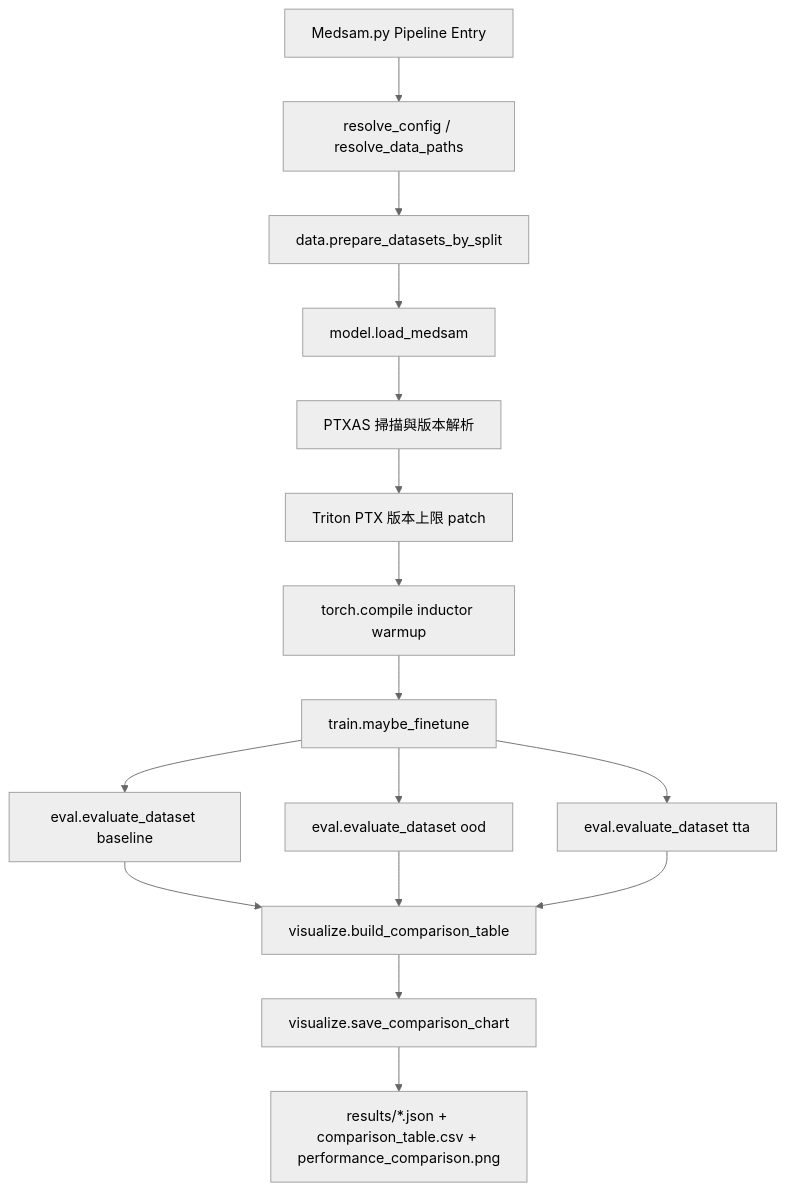
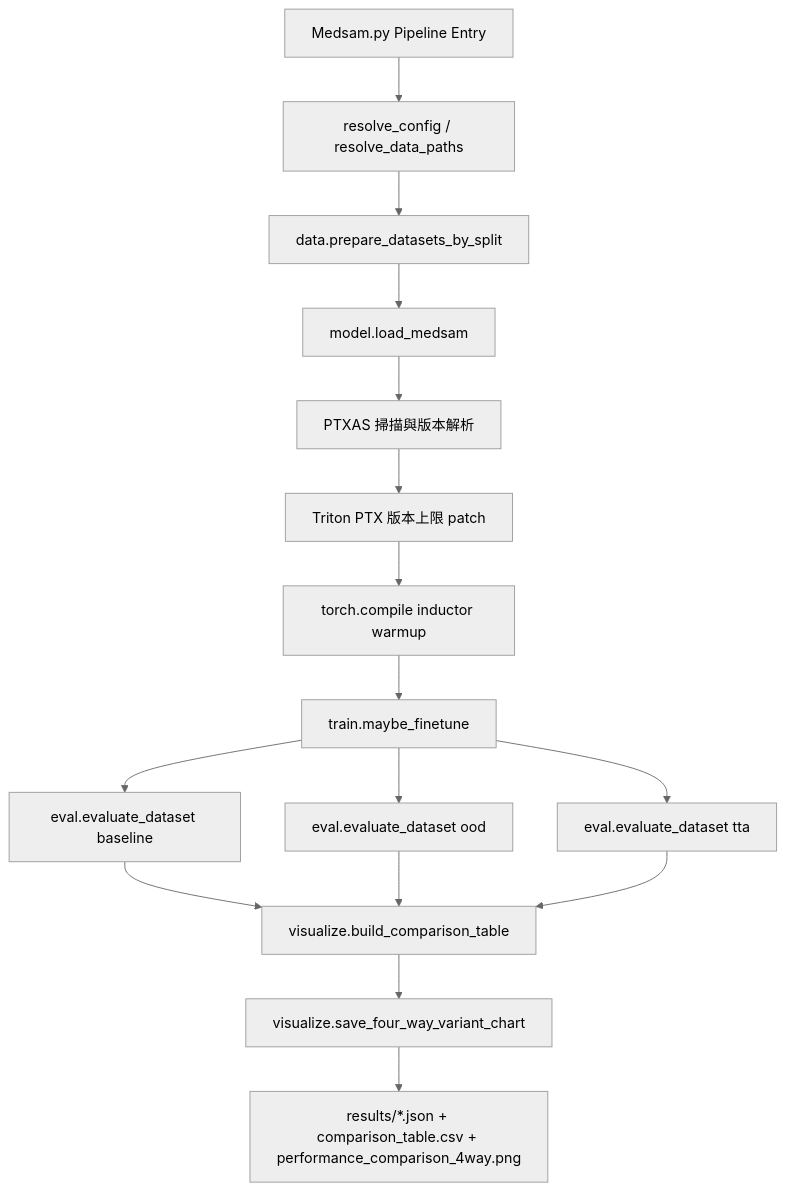
Before and after one commit to penguin72487/MedIMG: the diagram in docs/MODULAR_ARCHITECTURE.md, drawn with Mermaid (neutral theme). The commit also changed other lines of this file and 85 other files, not shown here.

Commit message:
Add performance comparison results for 4-way modular architecture

````diff
--- a/docs/MODULAR_ARCHITECTURE.md
+++ b/docs/MODULAR_ARCHITECTURE.md
@@ -7,18 +7,18 @@
 ```mermaid
 flowchart TD
     A[Medsam.py Pipeline Entry] --> B[resolve_config / resolve_data_paths]
     B --> C[data.prepare_datasets_by_split]
     C --> D[model.load_medsam]
     D --> D1[PTXAS 掃描與版本解析]
     D1 --> D2[Triton PTX 版本上限 patch]
     D2 --> D3[torch.compile inductor warmup]
     D3 --> E[train.maybe_finetune]
     E --> F[eval.evaluate_dataset baseline]
     E --> G[eval.evaluate_dataset ood]
     E --> H[eval.evaluate_dataset tta]
     F --> I[visualize.build_comparison_table]
     G --> I
     H --> I
-    I --> J[visualize.save_comparison_chart]
-    J --> K[results/*.json + comparison_table.csv + performance_comparison.png]
+    I --> J[visualize.save_four_way_variant_chart]
+    J --> K[results/*.json + comparison_table.csv + performance_comparison_4way.png]
 ```
````
